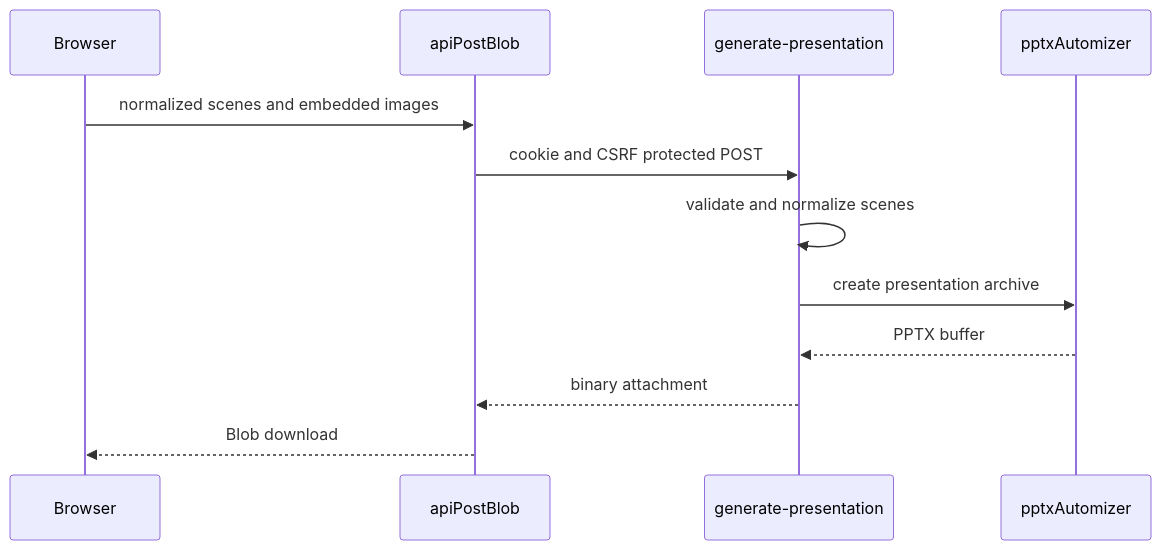
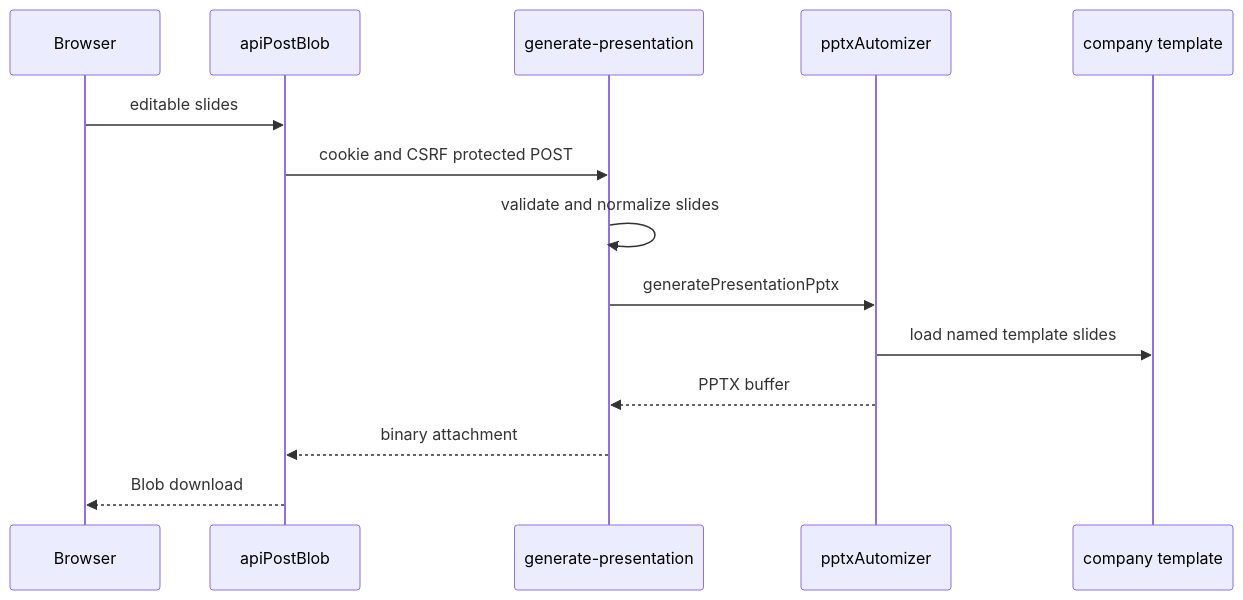
Before and after one commit to tony30552001/Genpic-master: the second of 3 diagrams in openwiki/backend/ai-generation.md, drawn with Mermaid. The commit also changed other lines of this file and 21 other files, not shown here.

Commit message:
feat: generate presentations from company template

````diff
--- a/openwiki/backend/ai-generation.md
+++ b/openwiki/backend/ai-generation.md
@@ -72,14 +88,16 @@
 ```mermaid
 sequenceDiagram
   participant Browser
   participant Client as apiPostBlob
   participant Handler as generate-presentation
   participant Renderer as pptxAutomizer
-  Browser->>Client: normalized scenes and embedded images
+  participant Template as company template
+  Browser->>Client: editable slides
   Client->>Handler: cookie and CSRF protected POST
-  Handler->>Handler: validate and normalize scenes
-  Handler->>Renderer: create presentation archive
+  Handler->>Handler: validate and normalize slides
+  Handler->>Renderer: generatePresentationPptx
+  Renderer->>Template: load named template slides
   Renderer-->>Handler: PPTX buffer
   Handler-->>Client: binary attachment
   Client-->>Browser: Blob download
 ```
````
